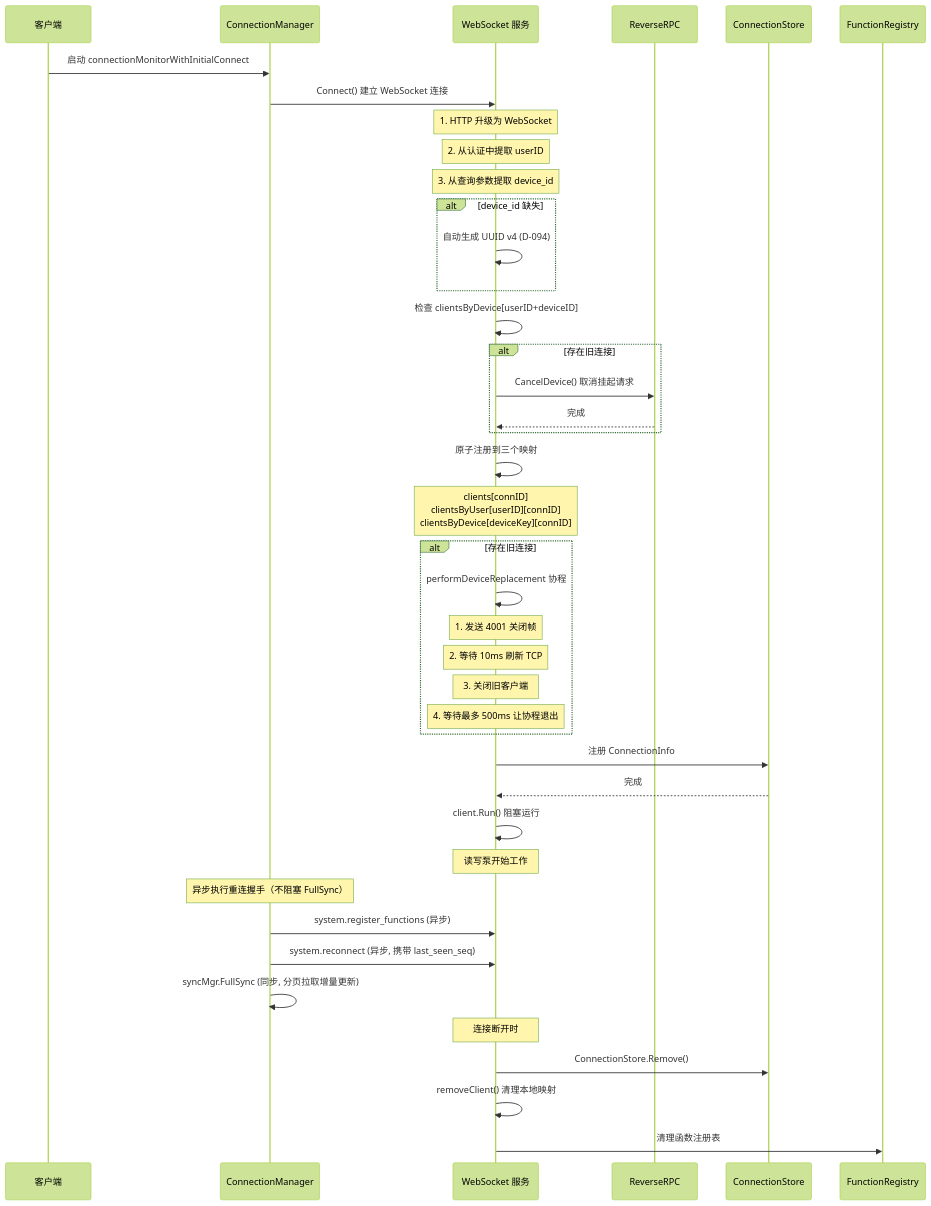
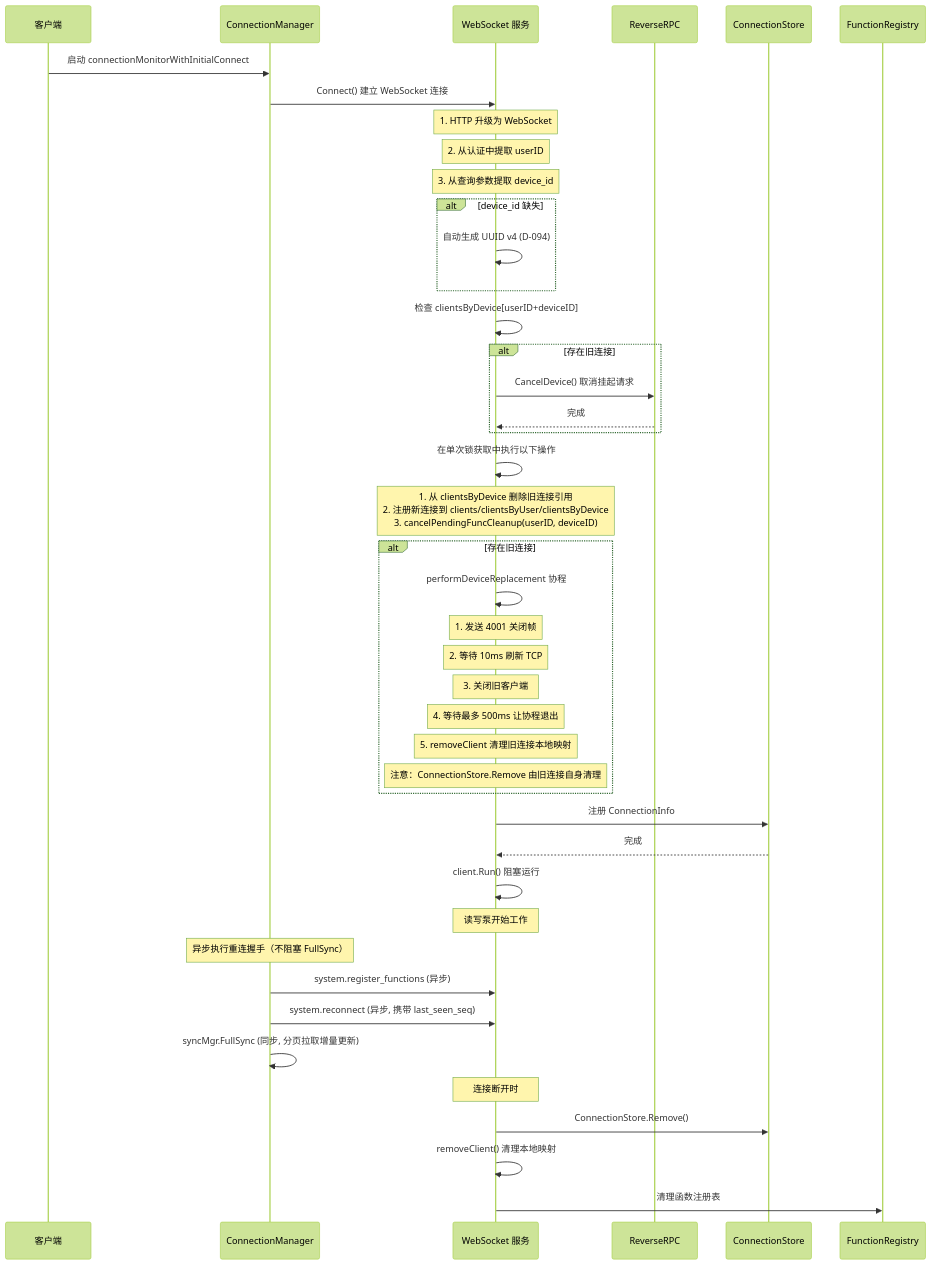
Before and after one commit to PineappleBond/xyncra-server: the second of 8 diagrams in wiki/flows/client-registration.md, drawn with Mermaid (forest theme). The commit also changed other lines of this file and 21 other files, not shown here.

Commit message:
docs(wiki): add edge cases and fix inaccuracies across all flow documents

````diff
--- a/wiki/flows/client-registration.md
+++ b/wiki/flows/client-registration.md
@@ -58,54 +58,56 @@
 ```mermaid
 sequenceDiagram
     participant C as 客户端
     participant CS as ConnectionManager
     participant WS as WebSocket 服务
     participant RL as ReverseRPC
     participant CM as ConnectionStore
     participant FR as FunctionRegistry
 
     C->>CS: 启动 connectionMonitorWithInitialConnect
     CS->>WS: Connect() 建立 WebSocket 连接
 
     Note over WS: 1. HTTP 升级为 WebSocket
     Note over WS: 2. 从认证中提取 userID
     Note over WS: 3. 从查询参数提取 device_id
 
     alt device_id 缺失
         WS->>WS: 自动生成 UUID v4 (D-094)
     end
 
     WS->>WS: 检查 clientsByDevice[userID+deviceID]
 
     alt 存在旧连接
         WS->>RL: CancelDevice() 取消挂起请求
         RL-->>WS: 完成
     end
 
-    WS->>WS: 原子注册到三个映射
-    Note over WS: clients[connID]<br/>clientsByUser[userID][connID]<br/>clientsByDevice[deviceKey][connID]
+    WS->>WS: 在单次锁获取中执行以下操作
+    Note over WS: 1. 从 clientsByDevice 删除旧连接引用<br/>2. 注册新连接到 clients/clientsByUser/clientsByDevice<br/>3. cancelPendingFuncCleanup(userID, deviceID)
 
     alt 存在旧连接
         WS->>WS: performDeviceReplacement 协程
         Note over WS: 1. 发送 4001 关闭帧
         Note over WS: 2. 等待 10ms 刷新 TCP
         Note over WS: 3. 关闭旧客户端
         Note over WS: 4. 等待最多 500ms 让协程退出
+        Note over WS: 5. removeClient 清理旧连接本地映射
+        Note over WS: 注意：ConnectionStore.Remove 由旧连接自身清理
     end
 
     WS->>CM: 注册 ConnectionInfo
     CM-->>WS: 完成
 
     WS->>WS: client.Run() 阻塞运行
     Note over WS: 读写泵开始工作
 
     Note over CS: 异步执行重连握手（不阻塞 FullSync）
     CS->>WS: system.register_functions (异步)
     CS->>WS: system.reconnect (异步, 携带 last_seen_seq)
     CS->>CS: syncMgr.FullSync (同步, 分页拉取增量更新)
 
     Note over WS: 连接断开时
     WS->>CM: ConnectionStore.Remove()
     WS->>WS: removeClient() 清理本地映射
     WS->>FR: 清理函数注册表
 ```
````
